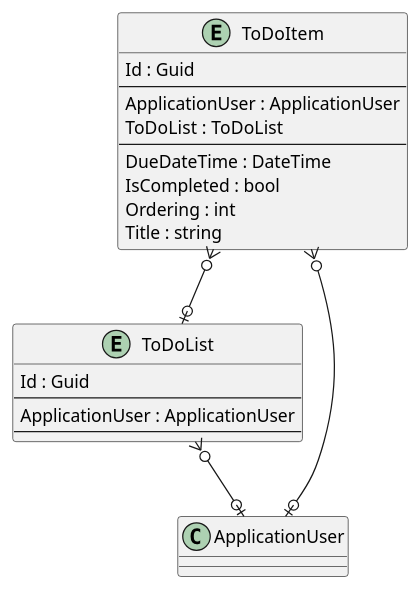
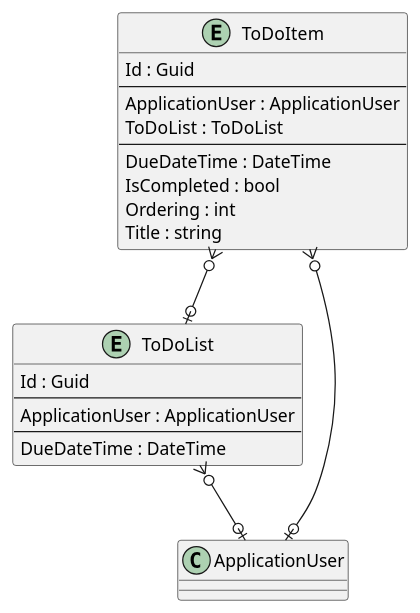
One commit to intrepion/intrepion_to-do_web_blazor changed the diagram in .docs/Intrepion.ToDo.pu. Above: the diagram before and after it, drawn with PlantUML.

```diff
--- a/.docs/Intrepion.ToDo.pu
+++ b/.docs/Intrepion.ToDo.pu
@@ -1,33 +1,34 @@
 @startuml
 
 entity ToDoItem {
     Id : Guid
     --
     ApplicationUser : ApplicationUser
     ToDoList : ToDoList
     ' ToDoItemKeyCodePlaceholder
     --
     DueDateTime : DateTime
     IsCompleted : bool
     Ordering : int
     Title : string
     ' ToDoItemPropertyCodePlaceholder
 }
 
 entity ToDoList {
     Id : Guid
     --
     ApplicationUser : ApplicationUser
     ' ToDoListKeyCodePlaceholder
     --
+    DueDateTime : DateTime
     ' ToDoListPropertyCodePlaceholder
 }
 
 ' EntityCodePlaceholder
 
 ToDoItem }o--o| ApplicationUser
 ToDoItem }o--o| ToDoList
 ToDoList }o--o| ApplicationUser
 ' RelationshipCodePlaceholder
 
 @enduml
```
